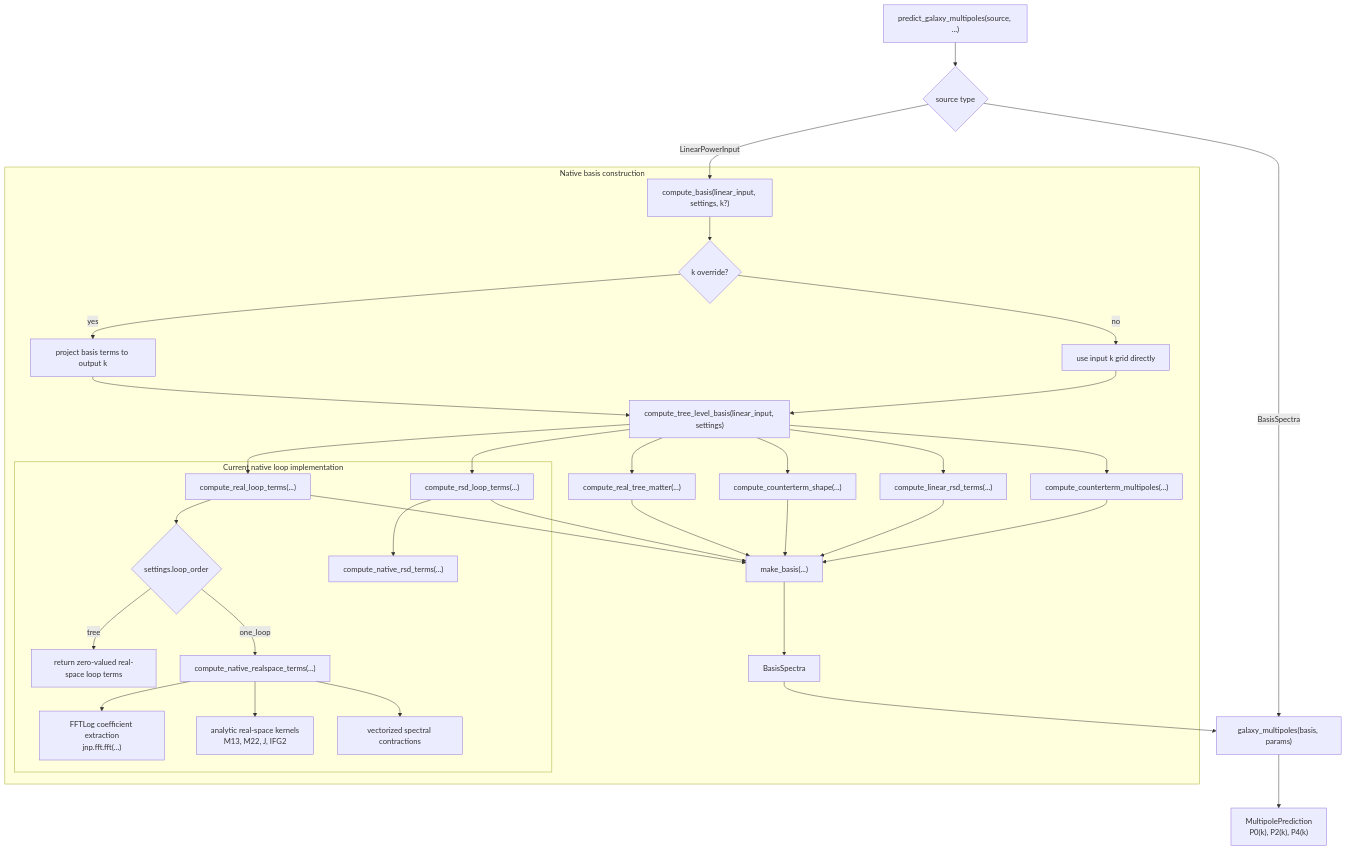
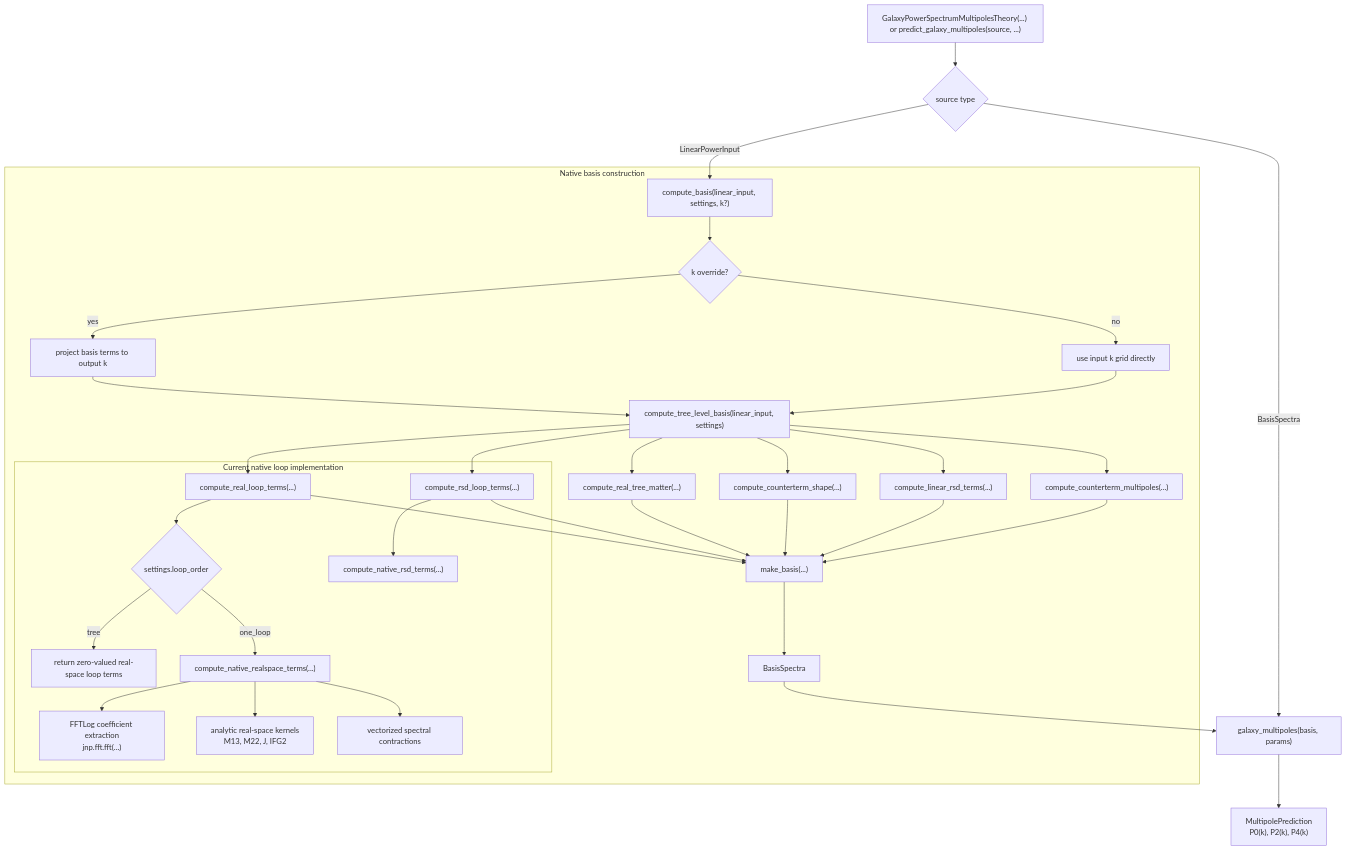
One commit to epaillas/jax-pt changed the first of 2 diagrams in docs/flow.md. Above: the diagram before and after it, drawn with Mermaid. The commit also changed other lines of this file and 10 other files, not shown here.

````diff
--- a/docs/flow.md
+++ b/docs/flow.md
@@ -9,44 +11,44 @@
 ```mermaid
 flowchart TD
-    A["predict_galaxy_multipoles(source, ...)"] --> B{"source type"}
+    A["GalaxyPowerSpectrumMultipolesTheory(...) or predict_galaxy_multipoles(source, ...)"] --> B{"source type"}
 
     B -->|"BasisSpectra"| C["galaxy_multipoles(basis, params)"]
     B -->|"LinearPowerInput"| D["compute_basis(linear_input, settings, k?)"]
 
     subgraph Native["Native basis construction"]
         D --> D1{"k override?"}
         D1 -->|"yes"| D2["project basis terms to output k"]
         D1 -->|"no"| D3["use input k grid directly"]
         D2 --> F["compute_tree_level_basis(linear_input, settings, output_k)"]
         D3 --> F["compute_tree_level_basis(linear_input, settings)"]
 
         F --> F1["compute_real_tree_matter(...)"]
         F --> F2["compute_counterterm_shape(...)"]
         F --> F3["compute_real_loop_terms(...)"]
         F --> F4["compute_linear_rsd_terms(...)"]
         F --> F5["compute_counterterm_multipoles(...)"]
         F --> F6["compute_rsd_loop_terms(...)"]
 
         subgraph NativeLoops["Current native loop implementation"]
             F3 --> G0{"settings.loop_order"}
             G0 -->|"tree"| G1["return zero-valued real-space loop terms"]
             G0 -->|"one_loop"| G2["compute_native_realspace_terms(...)"]
             G2 --> G3["FFTLog coefficient extraction\njnp.fft.fft(...)"]
             G2 --> G4["analytic real-space kernels\nM13, M22, J, IFG2"]
             G2 --> G5["vectorized spectral contractions"]
             F6 --> G6["compute_native_rsd_terms(...)"]
         end
 
         F1 --> H["make_basis(...)"]
         F2 --> H
         F3 --> H
         F4 --> H
         F5 --> H
         F6 --> H
         H --> I["BasisSpectra"]
     end
 
     I --> C
 
     C --> K["MultipolePrediction\nP0(k), P2(k), P4(k)"]
 ```
````
